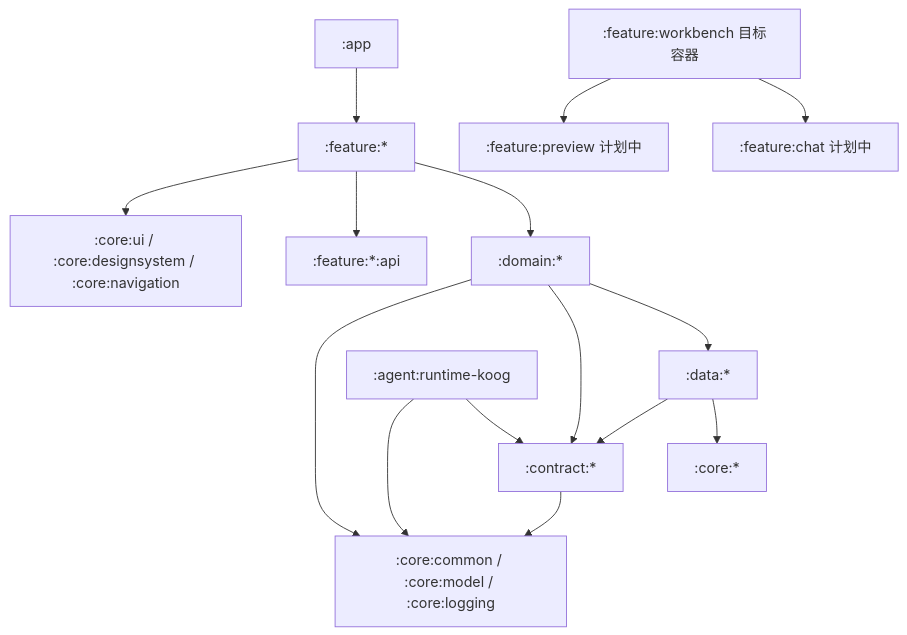
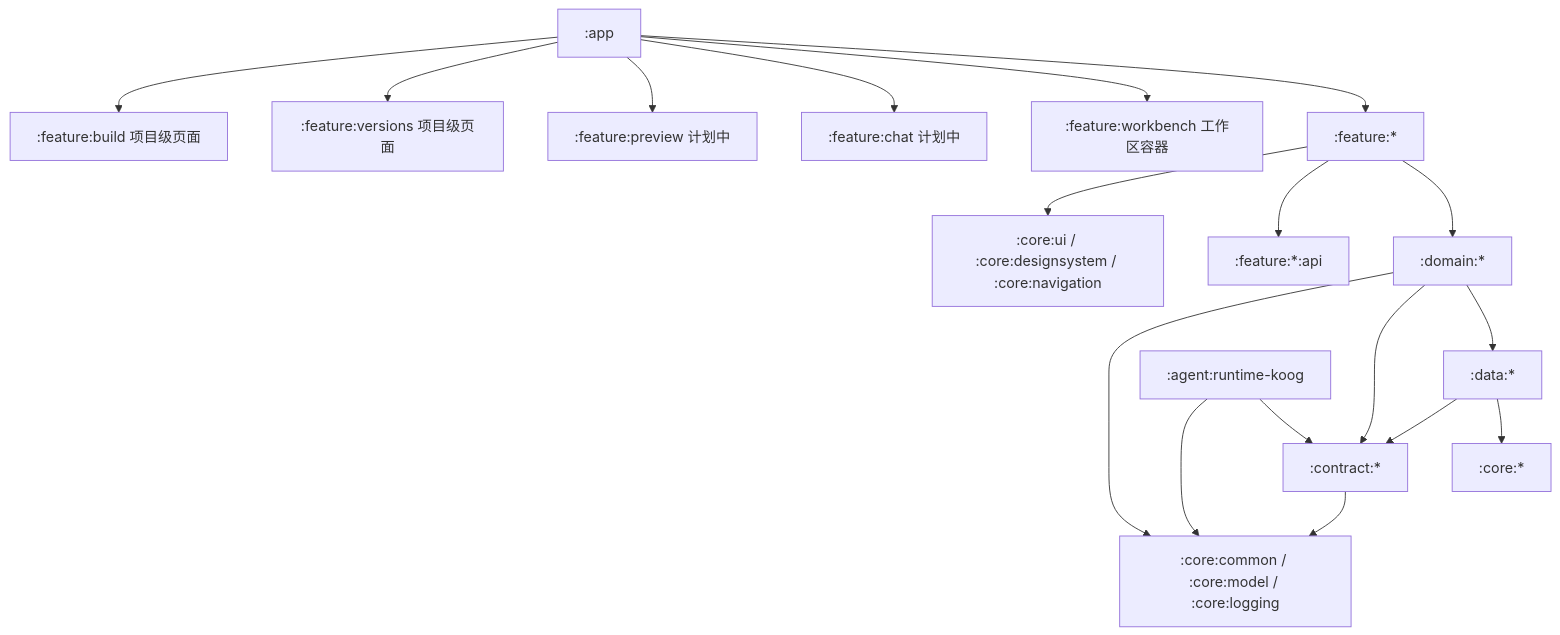
Before and after one commit to yclw/new-advd: the diagram in ARCHITECTURE.md, drawn with Mermaid. The commit also changed other lines of this file and 12 other files, not shown here.

Commit message:
docs(architecture): compose workbench routes through app slots

````diff
--- a/ARCHITECTURE.md
+++ b/ARCHITECTURE.md
@@ -38,21 +38,24 @@
 ```mermaid
 graph TD
     app[":app"] --> feature[":feature:*"]
+    app --> workbench[":feature:workbench 工作区容器"]
+    app --> chat[":feature:chat 计划中"]
+    app --> previewUi[":feature:preview 计划中"]
+    app --> versionsUi[":feature:versions 项目级页面"]
+    app --> buildUi[":feature:build 项目级页面"]
 
     feature --> domain[":domain:*"]
     feature --> featureApi[":feature:*:api"]
-    workbench[":feature:workbench 目标容器"] --> chat[":feature:chat 计划中"]
-    workbench --> previewUi[":feature:preview 计划中"]
     feature --> uiCore[":core:ui / :core:designsystem / :core:navigation"]
 
     domain --> data[":data:*"]
     domain --> contract[":contract:*"]
     domain --> common[":core:common / :core:model / :core:logging"]
 
     data --> core[":core:*"]
     data --> contract
 
     agentRuntime[":agent:runtime-koog"] --> contract
     agentRuntime --> common
     contract --> common
 ```
````
